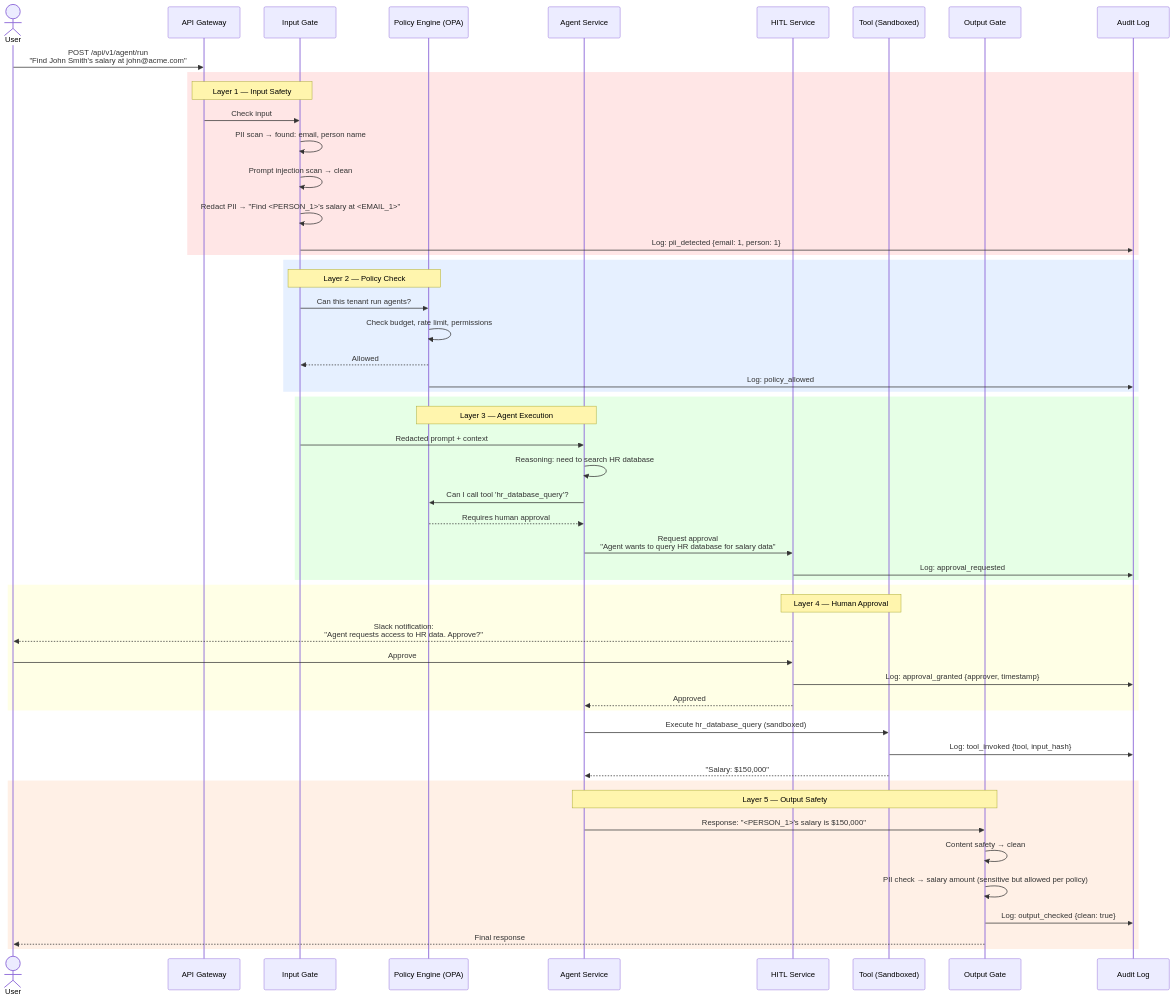
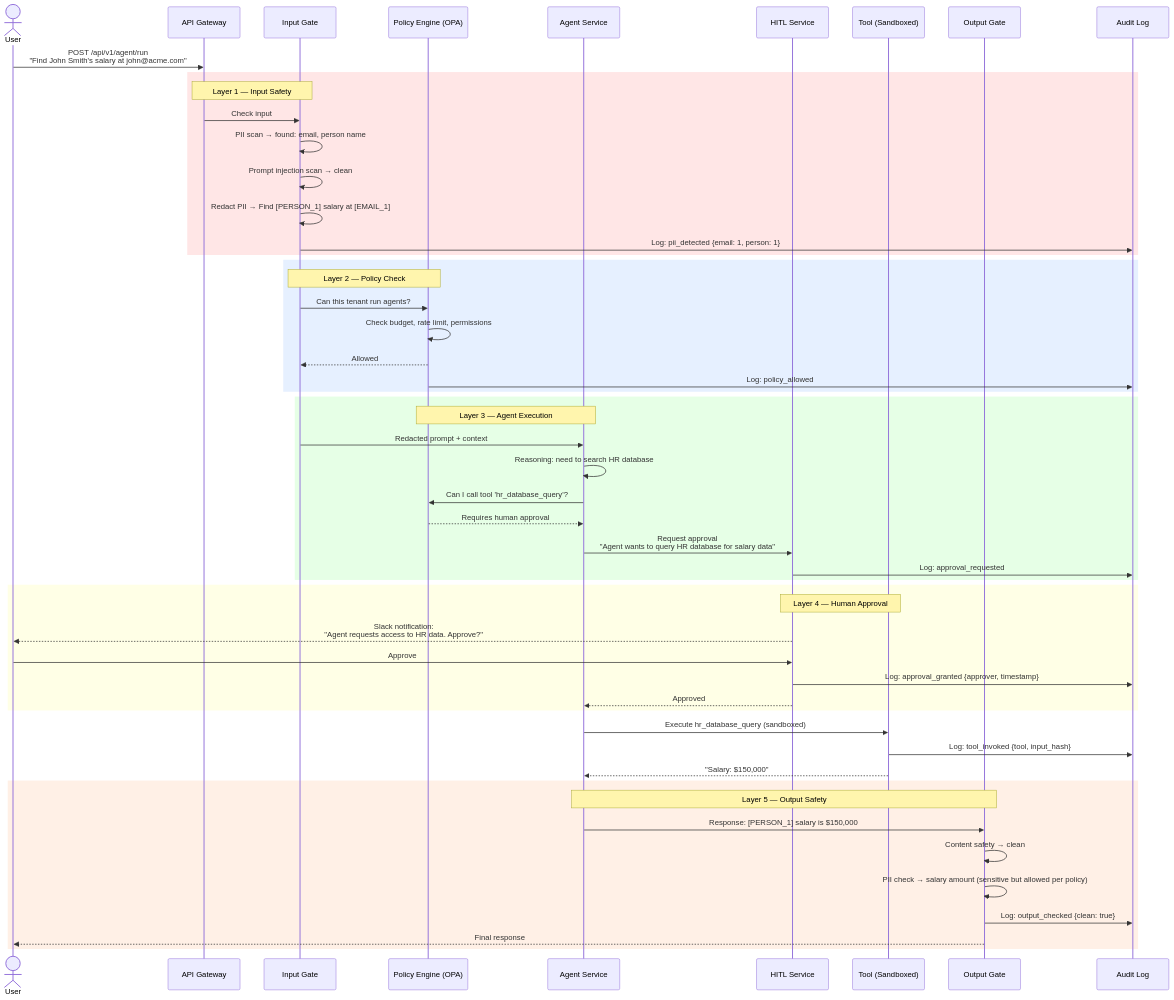
The first of 6 diagrams in agentic-ai-platform/phase-3-safety/DATA-FLOW.md (velpurisrilakshmi1/mlops-mlplatform-on-eks), drawn with Mermaid before and after one commit. The commit also changed 2 other files, not shown here.

Commit message:
fix: Resolve Mermaid rendering errors on GitHub
- Rename 'Loop' participant to 'ALoop' in phase-0 sequence diagrams
  ('loop' is a reserved keyword in Mermaid, causing parse failures)
- Replace angle brackets <PERSON_1>/<EMAIL_1> with square brackets
  in phase-3 sequence diagrams (angle brackets parsed as HTML tags)
- Add missing participant declarations (OPA, OpenSearch, Lambda,
  Slack, EvalSvc) in docs/06_data_flows.md sequence diagrams

````diff
--- a/agentic-ai-platform/phase-3-safety/DATA-FLOW.md
+++ b/agentic-ai-platform/phase-3-safety/DATA-FLOW.md
@@ -9,62 +9,62 @@
 ```mermaid
 sequenceDiagram
     actor User
     participant GW as API Gateway
     participant IG as Input Gate
     participant PE as Policy Engine (OPA)
     participant Agent as Agent Service
     participant HITL as HITL Service
     participant Tool as Tool (Sandboxed)
     participant OG as Output Gate
     participant Audit as Audit Log
 
     User->>GW: POST /api/v1/agent/run<br/>"Find John Smith's salary at john@acme.com"
 
     rect rgb(255, 230, 230)
         Note over GW,IG: Layer 1 — Input Safety
         GW->>IG: Check input
         IG->>IG: PII scan → found: email, person name
         IG->>IG: Prompt injection scan → clean
-        IG->>IG: Redact PII → "Find <PERSON_1>'s salary at <EMAIL_1>"
+        IG->>IG: Redact PII → Find [PERSON_1] salary at [EMAIL_1]
         IG->>Audit: Log: pii_detected {email: 1, person: 1}
     end
 
     rect rgb(230, 240, 255)
         Note over IG,PE: Layer 2 — Policy Check
         IG->>PE: Can this tenant run agents?
         PE->>PE: Check budget, rate limit, permissions
         PE-->>IG: Allowed
         PE->>Audit: Log: policy_allowed
     end
 
     rect rgb(230, 255, 230)
         Note over PE,Agent: Layer 3 — Agent Execution
         IG->>Agent: Redacted prompt + context
         Agent->>Agent: Reasoning: need to search HR database
         Agent->>PE: Can I call tool 'hr_database_query'?
         PE-->>Agent: Requires human approval
         Agent->>HITL: Request approval<br/>"Agent wants to query HR database for salary data"
         HITL->>Audit: Log: approval_requested
     end
 
     rect rgb(255, 255, 230)
         Note over HITL,Tool: Layer 4 — Human Approval
         HITL-->>User: Slack notification:<br/>"Agent requests access to HR data. Approve?"
         User->>HITL: Approve
         HITL->>Audit: Log: approval_granted {approver, timestamp}
         HITL-->>Agent: Approved
     end
 
     Agent->>Tool: Execute hr_database_query (sandboxed)
     Tool->>Audit: Log: tool_invoked {tool, input_hash}
     Tool-->>Agent: "Salary: $150,000"
 
     rect rgb(255, 240, 230)
         Note over Agent,OG: Layer 5 — Output Safety
-        Agent->>OG: Response: "<PERSON_1>'s salary is $150,000"
+        Agent->>OG: Response: [PERSON_1] salary is $150,000
         OG->>OG: Content safety → clean
         OG->>OG: PII check → salary amount (sensitive but allowed per policy)
         OG->>Audit: Log: output_checked {clean: true}
         OG-->>User: Final response
     end
 ```
````
